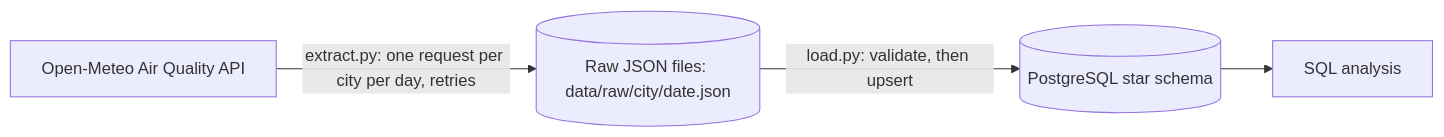
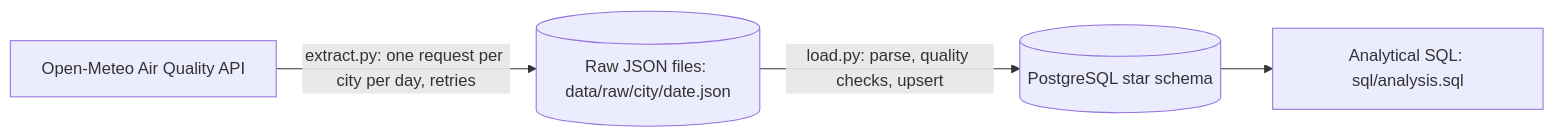
One commit to Raopruthvi/Air-quality-pipeline changed the diagram in README.md. Above: the diagram before and after it, drawn with Mermaid. The commit also changed other lines of this file and 3 other files, not shown here.

````diff
--- a/README.md
+++ b/README.md
@@ -11,6 +11,6 @@
 ```mermaid
 flowchart LR
     A["Open-Meteo Air Quality API"] -->|"extract.py: one request per city per day, retries"| B[("Raw JSON files: data/raw/city/date.json")]
-    B -->|"load.py: validate, then upsert"| C[("PostgreSQL star schema")]
-    C --> D["SQL analysis"]
+    B -->|"load.py: parse, quality checks, upsert"| C[("PostgreSQL star schema")]
+    C --> D["Analytical SQL: sql/analysis.sql"]
 ```
````
